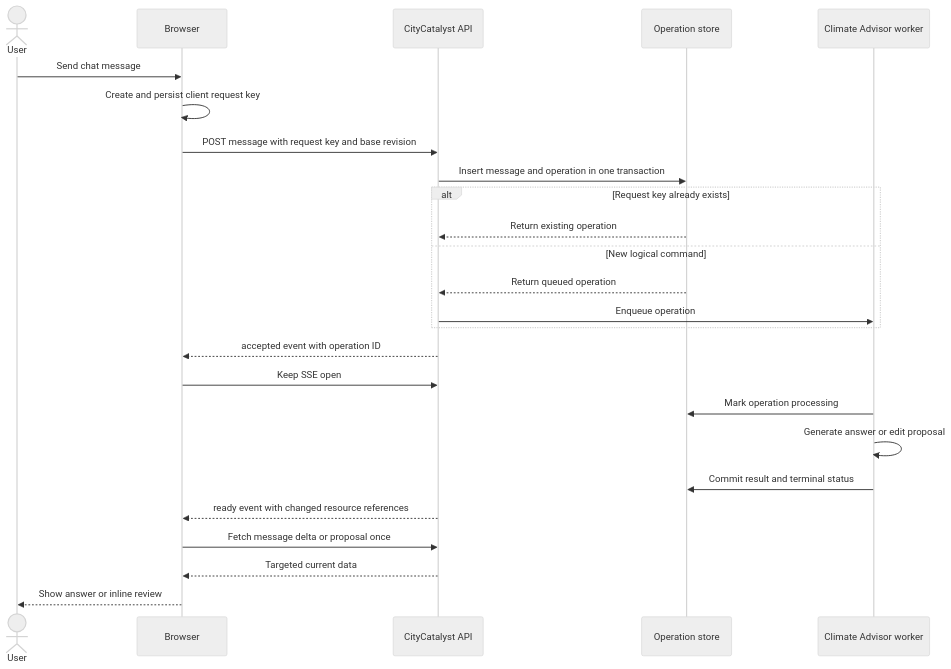
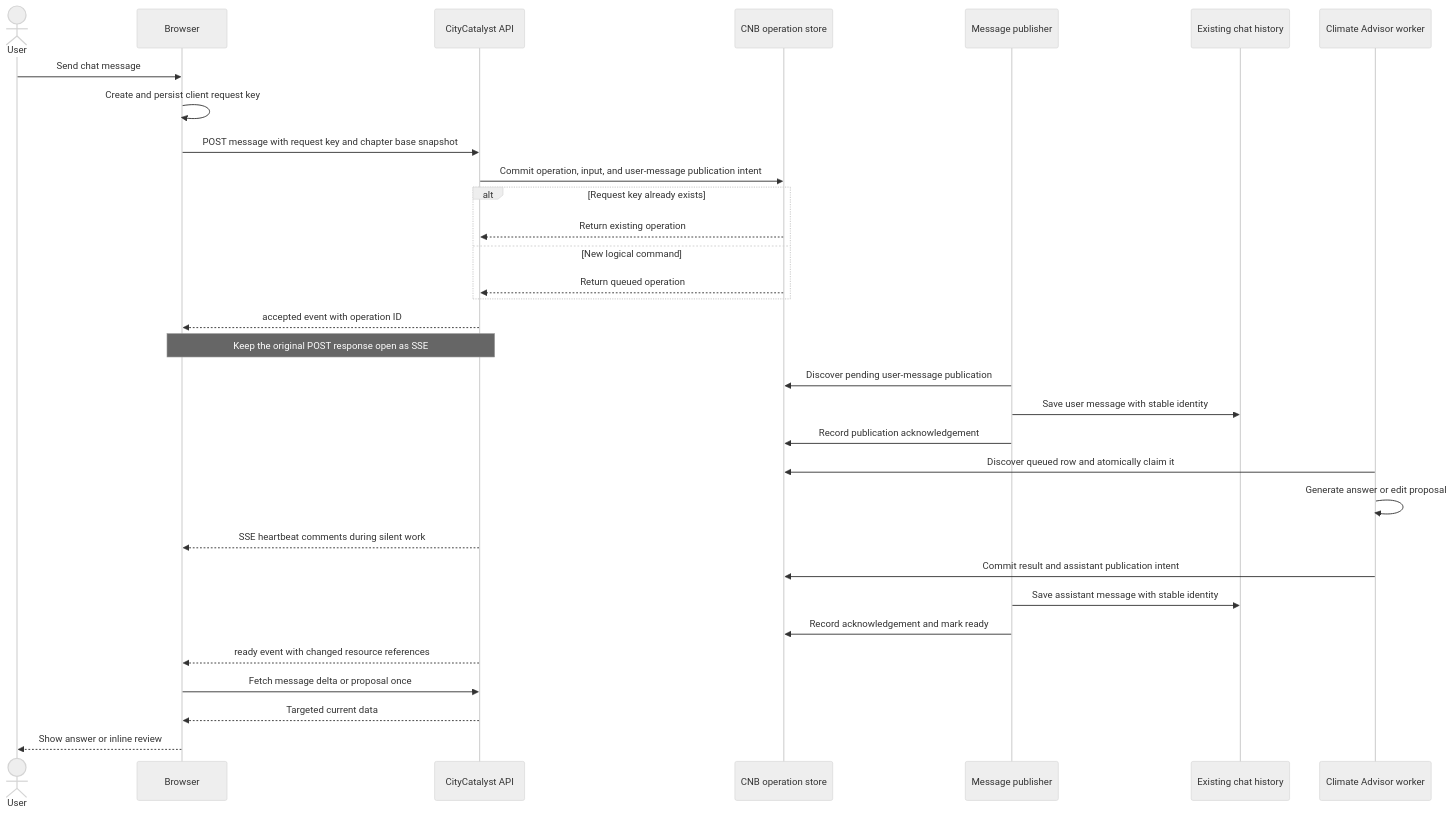
One commit to Open-Earth-Foundation/CityCatalyst changed the third of 6 diagrams in docs/CNBChatOperationArchitecture.md. Above: the diagram before and after it, drawn with Mermaid (neutral theme). The commit also changed other lines of this file and 17 other files, not shown here.

Commit message:
fix(CC-806): replace workspace browser polling with SSE observation

````diff
--- a/docs/CNBChatOperationArchitecture.md
+++ b/docs/CNBChatOperationArchitecture.md
@@ -102,28 +179,35 @@
 ```mermaid
 sequenceDiagram
     actor User
     participant Browser
     participant API as CityCatalyst API
-    participant Store as Operation store
+    participant Store as CNB operation store
+    participant Publisher as Message publisher
+    participant History as Existing chat history
     participant Worker as Climate Advisor worker
 
     User->>Browser: Send chat message
     Browser->>Browser: Create and persist client request key
-    Browser->>API: POST message with request key and base revision
-    API->>Store: Insert message and operation in one transaction
+    Browser->>API: POST message with request key and chapter base snapshot
+    API->>Store: Commit operation, input, and user-message publication intent
     alt Request key already exists
         Store-->>API: Return existing operation
     else New logical command
         Store-->>API: Return queued operation
-        API->>Worker: Enqueue operation
     end
     API-->>Browser: accepted event with operation ID
-    Browser->>API: Keep SSE open
-    Worker->>Store: Mark operation processing
+    Note over Browser,API: Keep the original POST response open as SSE
+    Publisher->>Store: Discover pending user-message publication
+    Publisher->>History: Save user message with stable identity
+    Publisher->>Store: Record publication acknowledgement
+    Worker->>Store: Discover queued row and atomically claim it
     Worker->>Worker: Generate answer or edit proposal
-    Worker->>Store: Commit result and terminal status
+    API-->>Browser: SSE heartbeat comments during silent work
+    Worker->>Store: Commit result and assistant publication intent
+    Publisher->>History: Save assistant message with stable identity
+    Publisher->>Store: Record acknowledgement and mark ready
     API-->>Browser: ready event with changed resource references
     Browser->>API: Fetch message delta or proposal once
     API-->>Browser: Targeted current data
     Browser-->>User: Show answer or inline review
 ```
````
